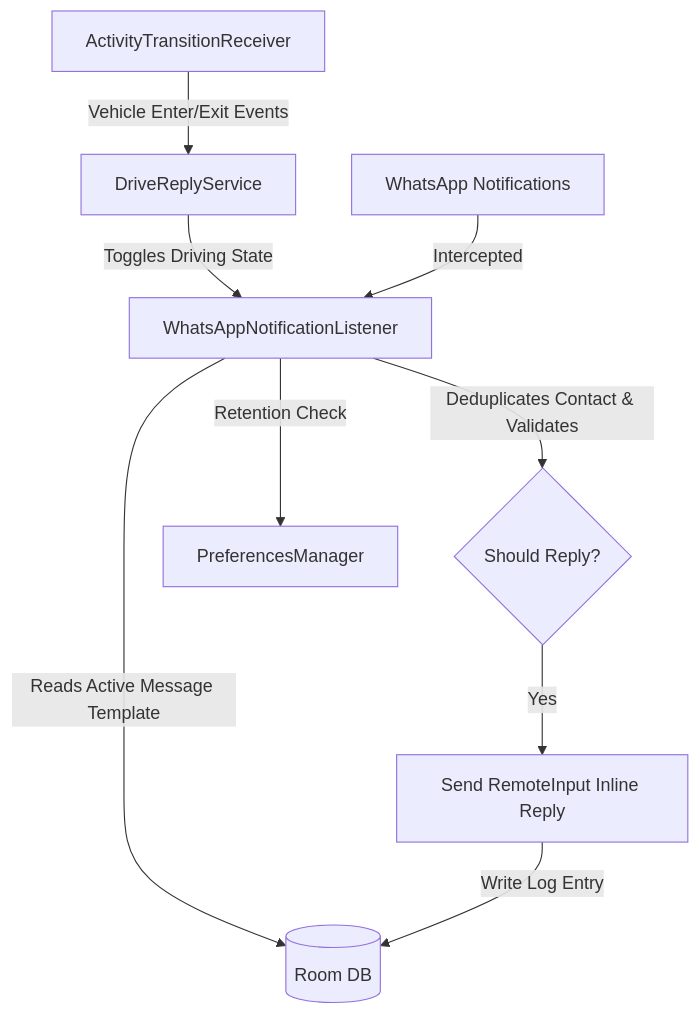
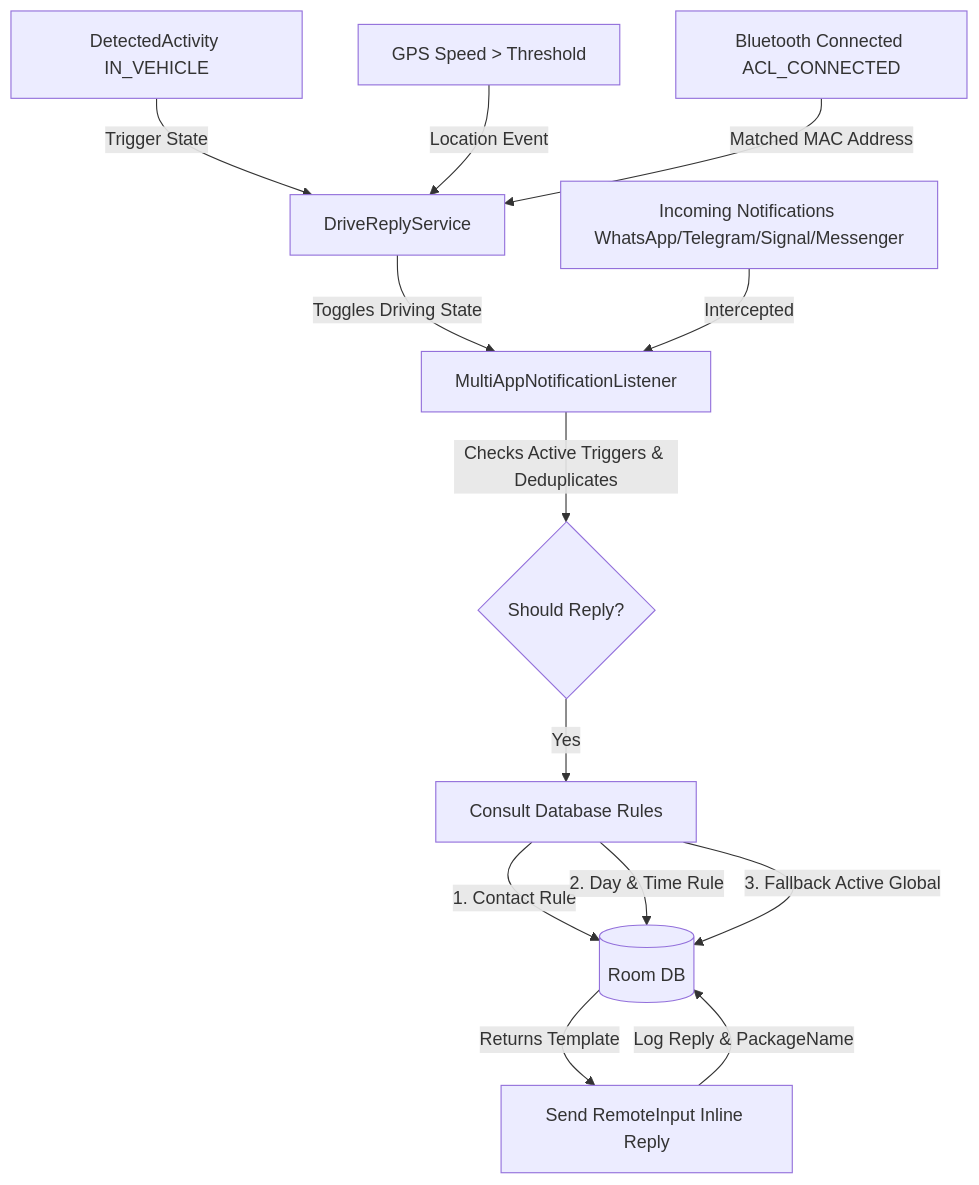
Before and after one commit to richiesamlie/DriveReply: the diagram in README.md, drawn with Mermaid. The commit also changed other lines of this file and 22 other files, not shown here.

First line of the commit message:
feat: implement DriveReply roadmap phases 1-4

````diff
--- a/README.md
+++ b/README.md
@@ -30,11 +37,17 @@
 ```mermaid
 graph TD
-    A[ActivityTransitionReceiver] -->|Vehicle Enter/Exit Events| B[DriveReplyService]
-    B -->|Toggles Driving State| C[WhatsAppNotificationListener]
-    D[WhatsApp Notifications] -->|Intercepted| C
-    C -->|Reads Active Message Template| E[(Room DB)]
-    C -->|Deduplicates Contact & Validates| F{Should Reply?}
-    F -->|Yes| G[Send RemoteInput Inline Reply]
-    G -->|Write Log Entry| E
-    C -->|Retention Check| H[PreferencesManager]
+    A[DetectedActivity IN_VEHICLE] -->|Trigger State| B[DriveReplyService]
+    C[GPS Speed > Threshold] -->|Location Event| B
+    D[Bluetooth Connected ACL_CONNECTED] -->|Matched MAC Address| B
+    
+    B -->|Toggles Driving State| E[MultiAppNotificationListener]
+    
+    F[Incoming Notifications WhatsApp/Telegram/Signal/Messenger] -->|Intercepted| E
+    E -->|Checks Active Triggers & Deduplicates| G{Should Reply?}
+    G -->|Yes| H[Consult Database Rules]
+    H -->|1. Contact Rule| I[(Room DB)]
+    H -->|2. Day & Time Rule| I
+    H -->|3. Fallback Active Global| I
+    I -->|Returns Template| J[Send RemoteInput Inline Reply]
+    J -->|Log Reply & PackageName| I
 ```
````
